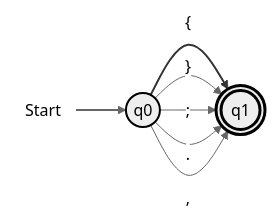
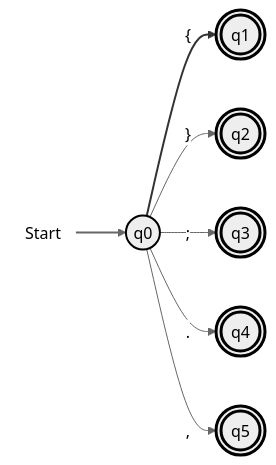
Before and after one commit to CS-Tiny-Compiler/a-tiny-compiler: the third of 3 diagrams in docs/DFA.md, drawn with Mermaid (neutral theme). The commit also changed 3 other files, not shown here.

````diff
--- a/docs/DFA.md
+++ b/docs/DFA.md
@@ -57,17 +57,17 @@
 ```mermaid
 flowchart LR
   start(((Start))):::startNode --> q0(("q0")):::normal
   q0 --> |"{"| q1((("q1"))):::finalState
-  q0 --> |"}"| q1
-  q0 --> |";"| q1
-  q0 --> |"."| q1
-  q0 --> |","| q1
+  q0 --> |"}"| q2((("q2"))):::finalState
+  q0 --> |";"| q3((("q3"))):::finalState
+  q0 --> |"."| q4((("q4"))):::finalState
+  q0 --> |","| q5((("q5"))):::finalState
 
   classDef startNode fill:none,stroke:none;
   classDef normal stroke:#000,stroke-width:2px;
   classDef finalState stroke:#000,stroke-width:3px;
 
   linkStyle 0 stroke-width:2px;
   linkStyle 1 stroke:#333,stroke-width:2px,fill:none;
 
 ```
````
